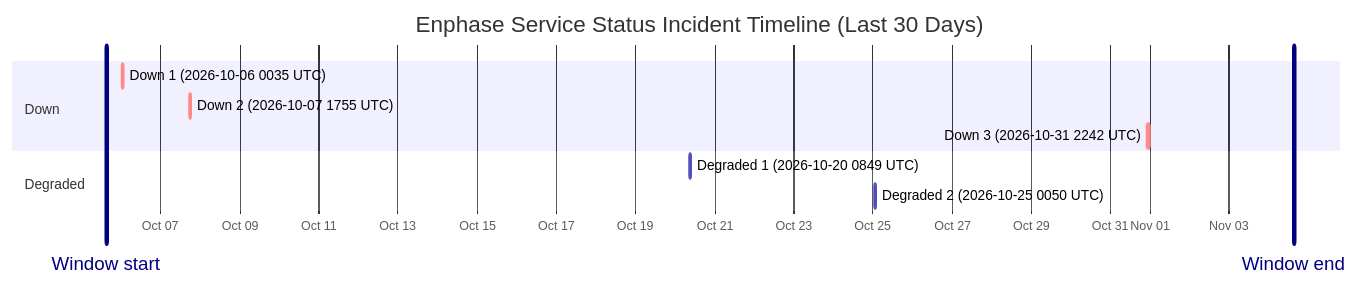
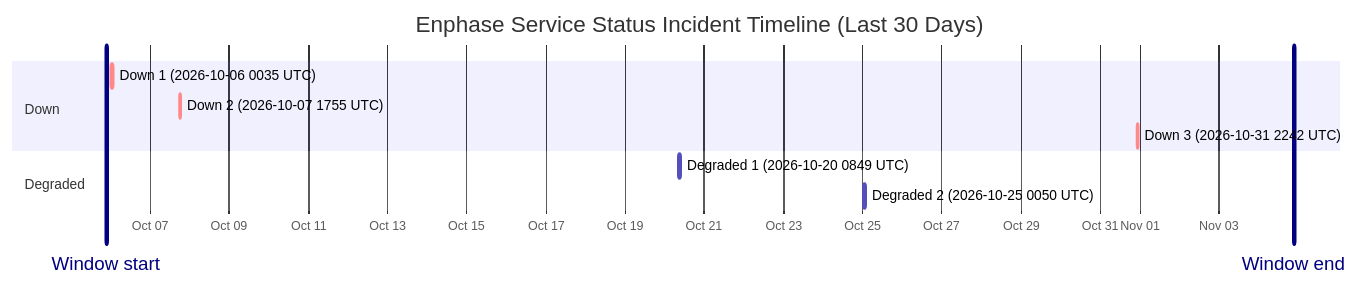
One commit to barneyonline/ha-enphase-energy changed the diagram in wiki/Service-Status-History.md. Above: the diagram before and after it, drawn with Mermaid. The commit also changed other lines of this file and 3 other files, not shown here.

````diff
--- a/wiki/Service-Status-History.md
+++ b/wiki/Service-Status-History.md
@@ -14,15 +14,15 @@
 ```mermaid
 gantt
     title Enphase Service Status Incident Timeline (Last 30 Days)
     dateFormat  YYYY-MM-DDTHH:mm:ss
     axisFormat  %b %d
-    Window start :vert, window-start, 2026-10-05T15:05:45, 0ms
-    Window end :vert, window-end, 2026-11-04T15:05:45, 0ms
+    Window start :vert, window-start, 2026-10-05T21:23:57, 0ms
+    Window end :vert, window-end, 2026-11-04T21:23:57, 0ms
     section Down
     Down 1 (2026-10-06 0035 UTC) :crit, down-1, 2026-10-06T00:35:21, 60m
     Down 2 (2026-10-07 1755 UTC) :crit, down-2, 2026-10-07T17:55:16, 60m
     Down 3 (2026-10-31 2242 UTC) :crit, down-3, 2026-10-31T22:42:18, 60m
     section Degraded
     Degraded 1 (2026-10-20 0849 UTC) :active, degraded-1, 2026-10-20T08:49:49, 60m
     Degraded 2 (2026-10-25 0050 UTC) :active, degraded-2, 2026-10-25T00:50:01, 60m
 ```
````
